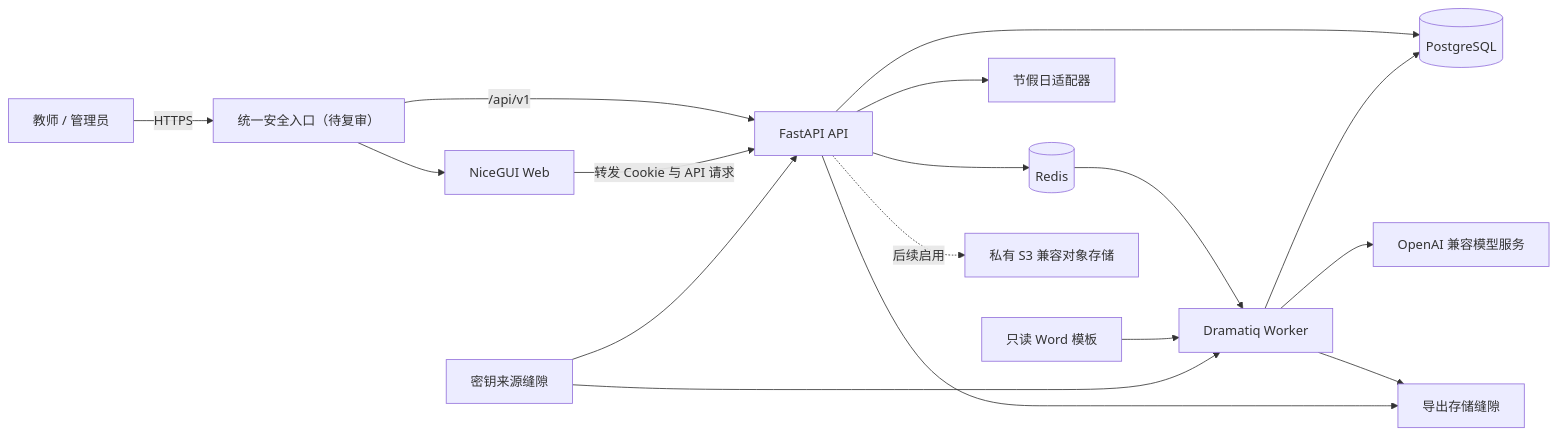
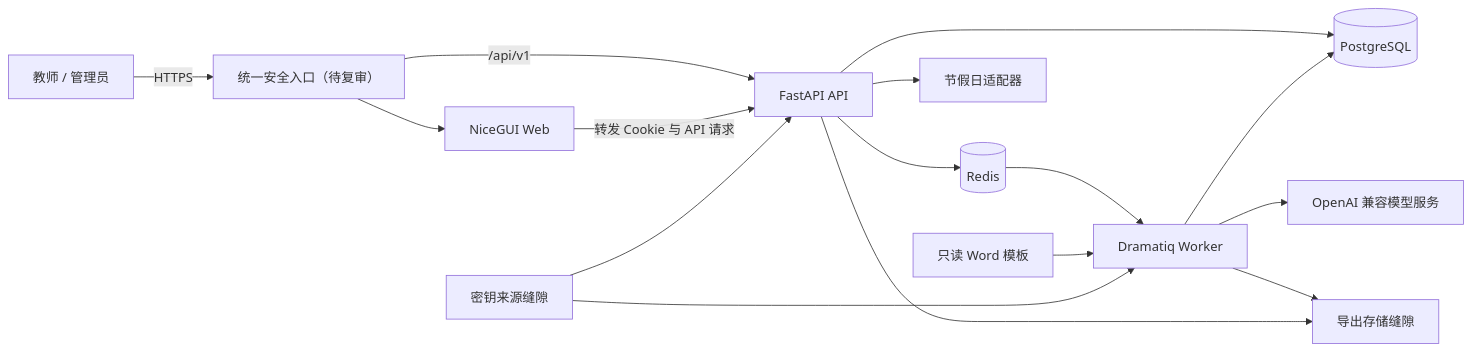
One commit to ywyz/child-manager changed the first of 3 diagrams in docs/design/system-architecture.md. Above: the diagram before and after it, drawn with Mermaid. The commit also changed other lines of this file and 134 other files, not shown here.

````diff
--- a/docs/design/system-architecture.md
+++ b/docs/design/system-architecture.md
@@ -60,22 +60,20 @@
 ```mermaid
 flowchart LR
     U[教师 / 管理员] -->|HTTPS| C[统一安全入口（待复审）]
     C --> W[NiceGUI Web]
     C -->|/api/v1| A[FastAPI API]
     W -->|转发 Cookie 与 API 请求| A
 
     A --> P[(PostgreSQL)]
     A --> R[(Redis)]
     R --> D[Dramatiq Worker]
     D --> P
     D --> AI[OpenAI 兼容模型服务]
     A --> H[节假日适配器]
 
     D --> V[导出存储缝隙]
     A --> V
     T[只读 Word 模板] --> D
     S[密钥来源缝隙] --> A
     S --> D
-
-    A -. 后续启用 .-> O[私有 S3 兼容对象存储]
 ```
````
